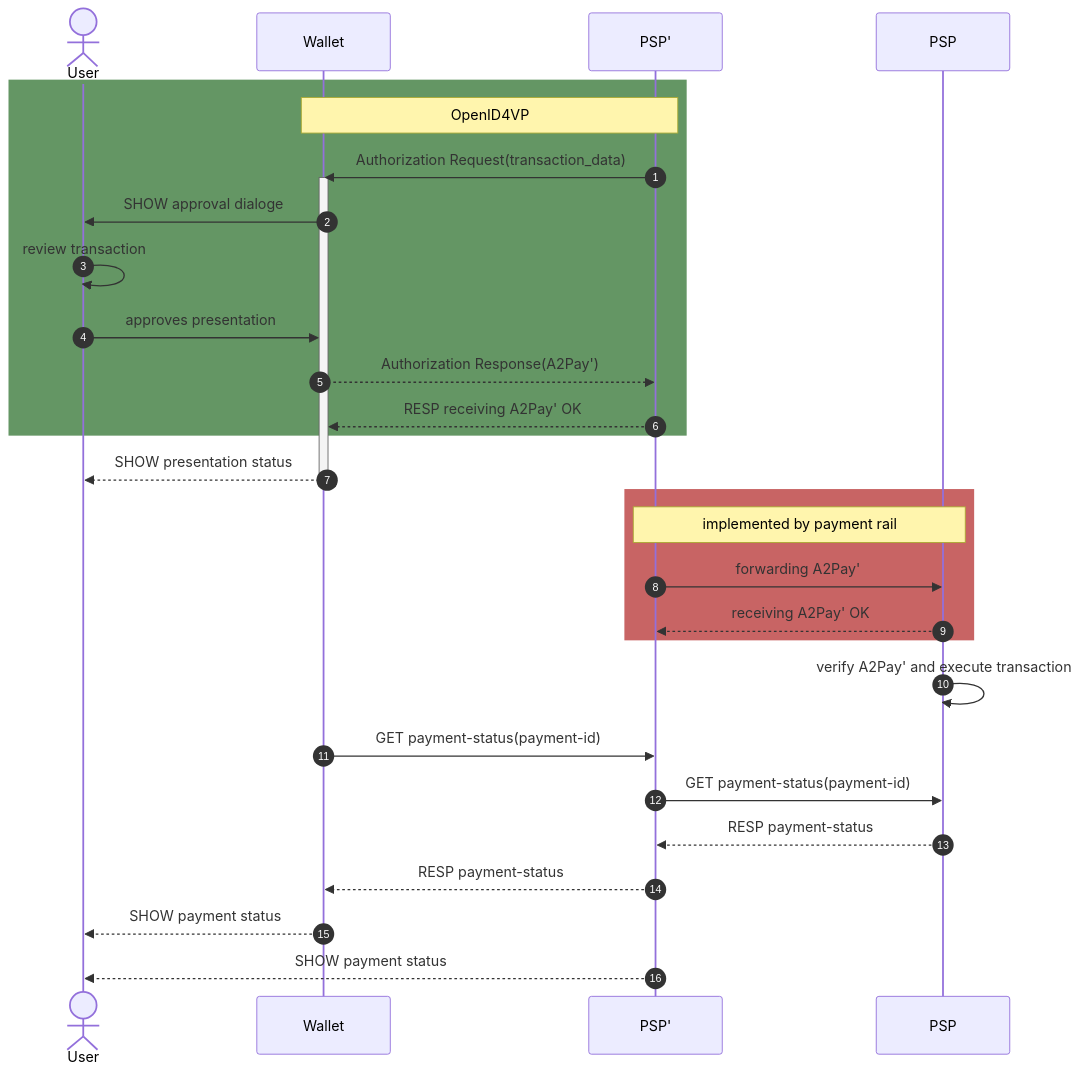
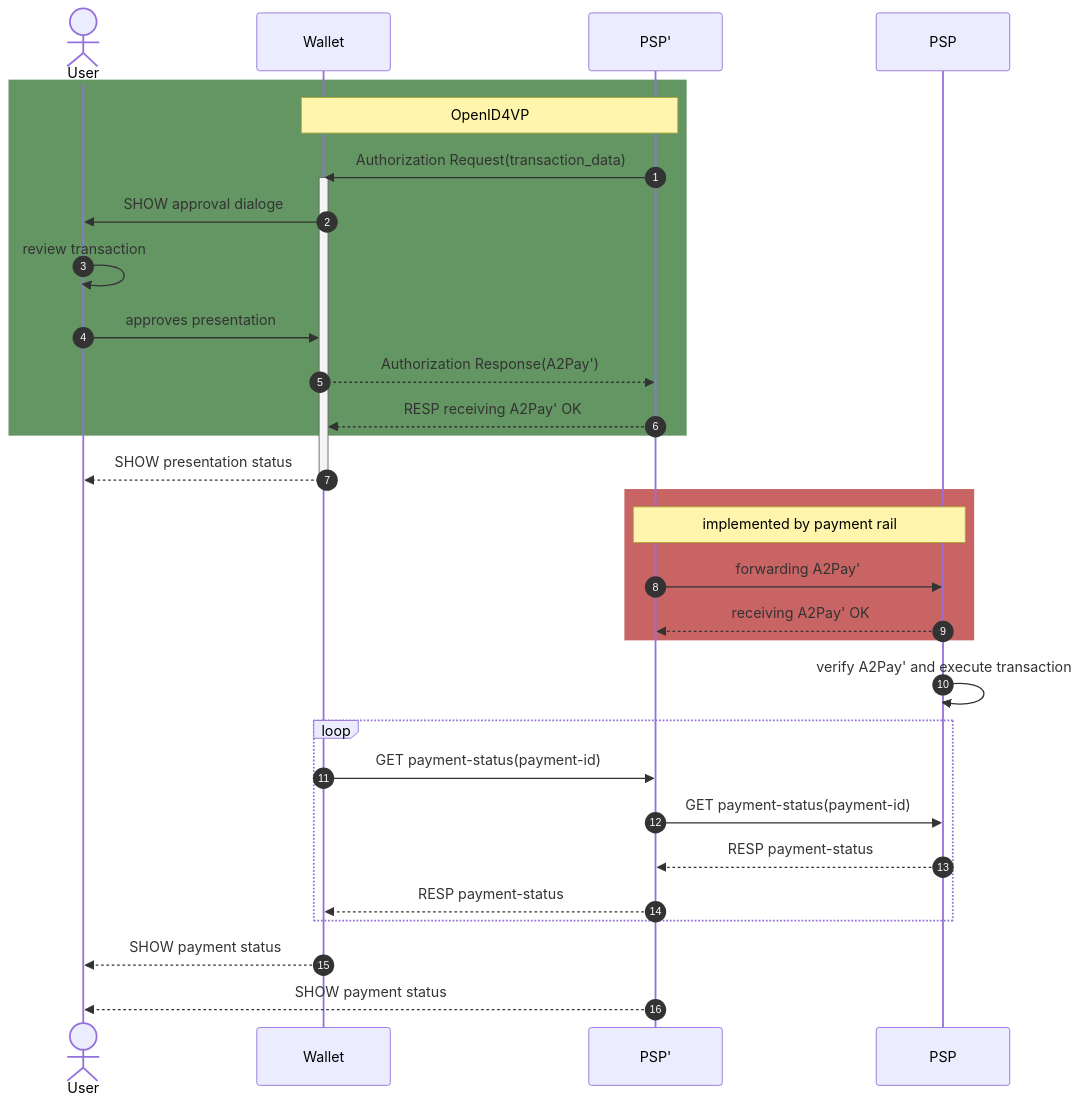
One commit to nobid-consortium/payment-reference-documentation changed the second of 2 diagrams in payment-reference-doc.md. Above: the diagram before and after it, drawn with Mermaid. The commit also changed other lines of this file, not shown here.

Commit message:
added loop

````diff
--- a/payment-reference-doc.md
+++ b/payment-reference-doc.md
@@ -318,33 +320,35 @@
 ```mermaid
 
 sequenceDiagram
     autonumber
     actor user as User
     participant wallet as Wallet
     participant psp2 as PSP'
     participant psp as PSP
     rect rgb(100, 150, 100)
     note over wallet, psp2: OpenID4VP
     psp2 ->> wallet: Authorization Request(transaction_data)
     activate wallet
     wallet ->> user: SHOW approval dialoge
     user ->> user: review transaction
     user ->> wallet: approves presentation
     wallet -->> psp2: Authorization Response(A2Pay')
     psp2 -->> wallet: RESP receiving A2Pay' OK
     end
     wallet -->> user: SHOW presentation status
     deactivate wallet
     rect rgb(200, 100, 100)
     note over psp, psp2: implemented by payment rail 
     psp2 ->> psp: forwarding A2Pay'
     psp -->> psp2: receiving A2Pay' OK
     end
     psp ->> psp: verify A2Pay' and execute transaction
+    loop
     wallet ->> psp2: GET payment-status(payment-id)
     psp2 ->> psp: GET payment-status(payment-id)
     psp -->> psp2: RESP payment-status 
     psp2 -->> wallet: RESP payment-status
+    end
     wallet -->> user: SHOW payment status
     psp2 -->> user: SHOW payment status
 ```
````
